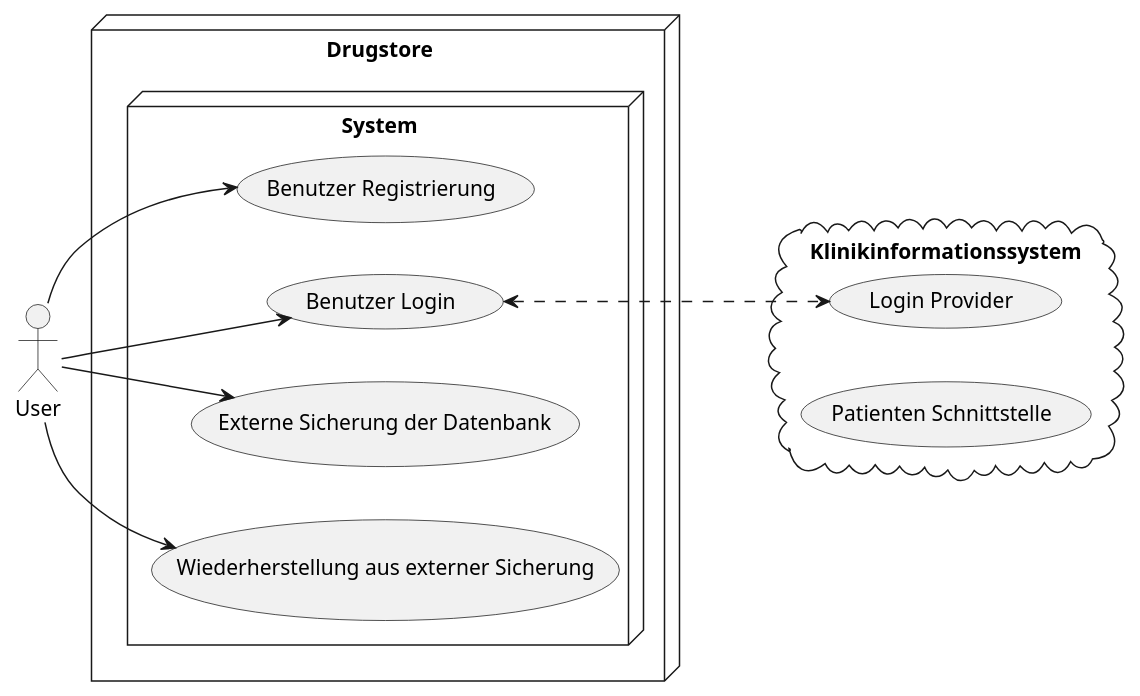
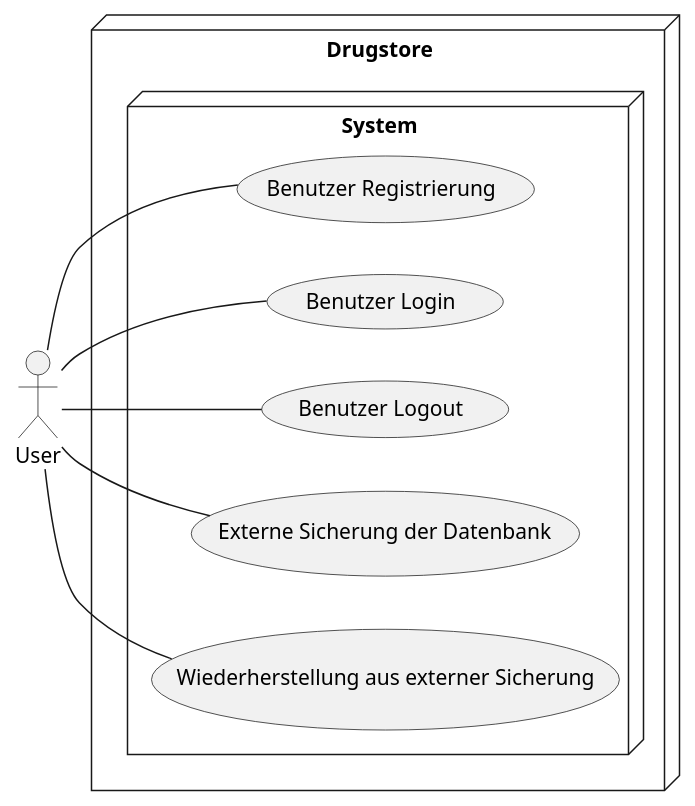
The diagram in docs/use-cases/10_system.puml (lucahost/drugstore), drawn with PlantUML before and after one commit. The commit also changed 5 other files, not shown here.

```diff
--- a/docs/use-cases/10_system.puml
+++ b/docs/use-cases/10_system.puml
@@ -1,25 +1,22 @@
 @startuml usecase-overview
 left to right direction
 node Drugstore {
 
-    node System {
+     node System {
         usecase "Benutzer Registrierung" as UC11
         usecase "Benutzer Login" as UC12
-        usecase "Externe Sicherung der Datenbank" as UC13
-        usecase "Wiederherstellung aus externer Sicherung" as UC14
+        usecase "Benutzer Logout" as UC13
+        usecase "Externe Sicherung der Datenbank" as UC14
+        usecase "Wiederherstellung aus externer Sicherung" as UC15
     }
+
 }
 
-cloud "Klinikinformationssystem" {
-    usecase "Login Provider" as LoginProvider
-    usecase "Patienten Schnittstelle" as PatientInterface
-}
+:User: -- UC11
+:User: -- UC12
+:User: -- UC13
+:User: -- UC14
+:User: -- UC15
 
-:User: --> UC11
-:User: --> UC12
-:User: --> UC13
-:User: --> UC14
-
-UC12 <...> LoginProvider
 
 @enduml
```
